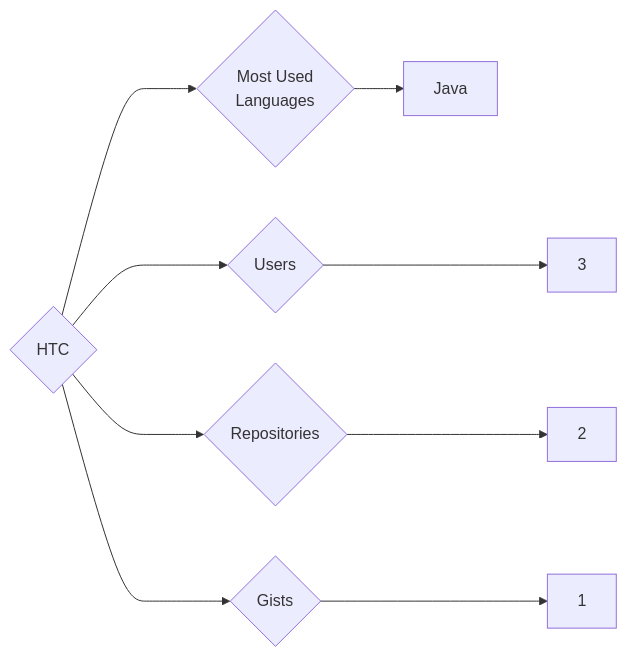
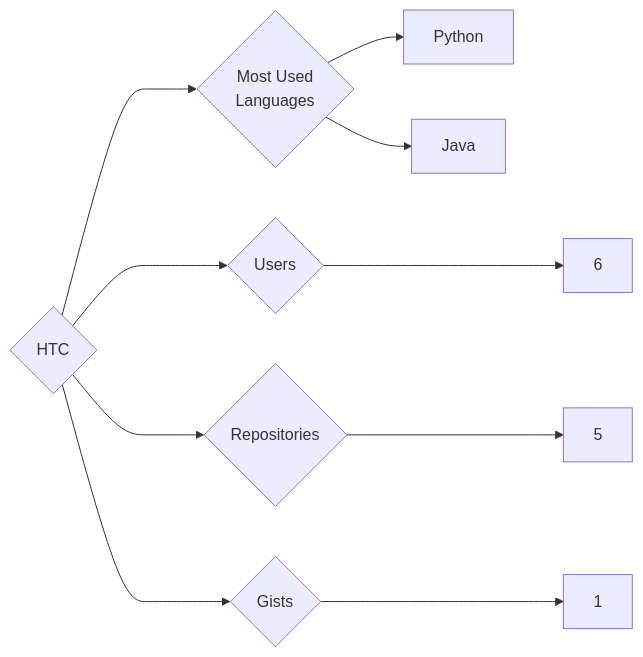
The diagram in targets/HTC/README.md (trickest/insiders), drawn with Mermaid before and after one commit. The commit also changed 559 other files, not shown here.

````diff
--- a/targets/HTC/README.md
+++ b/targets/HTC/README.md
@@ -3,9 +3,10 @@
 ```mermaid
 graph LR
 COMPANY_NAME{HTC}
-COMPANY_NAME ---> U{Users} ---> UN[3]
-COMPANY_NAME ---> R{Repositories} ---> RN[2]
+COMPANY_NAME ---> U{Users} ---> UN[6]
+COMPANY_NAME ---> R{Repositories} ---> RN[5]
 COMPANY_NAME ---> G{Gists} ---> GN[1]
 COMPANY_NAME ---> ML{Most Used<br>Languages}
+ML --> Python[Python]
 ML --> Java[Java]
 ```
````
